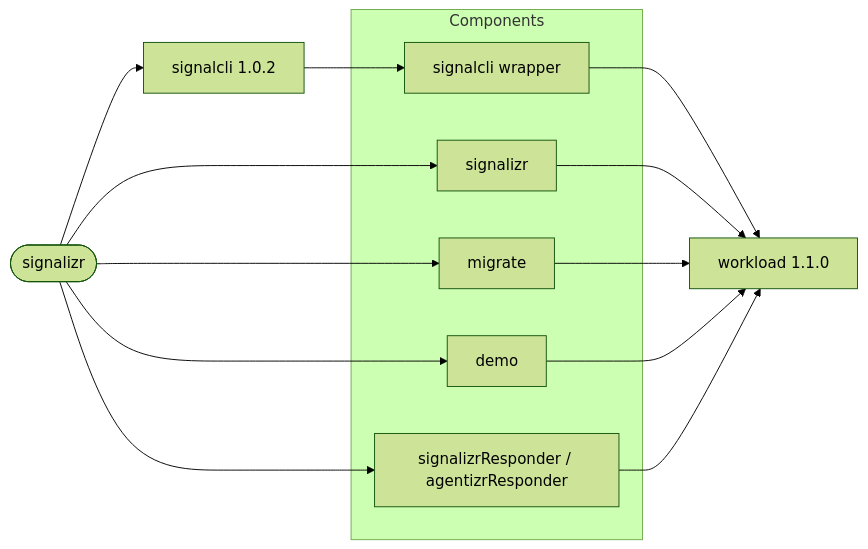
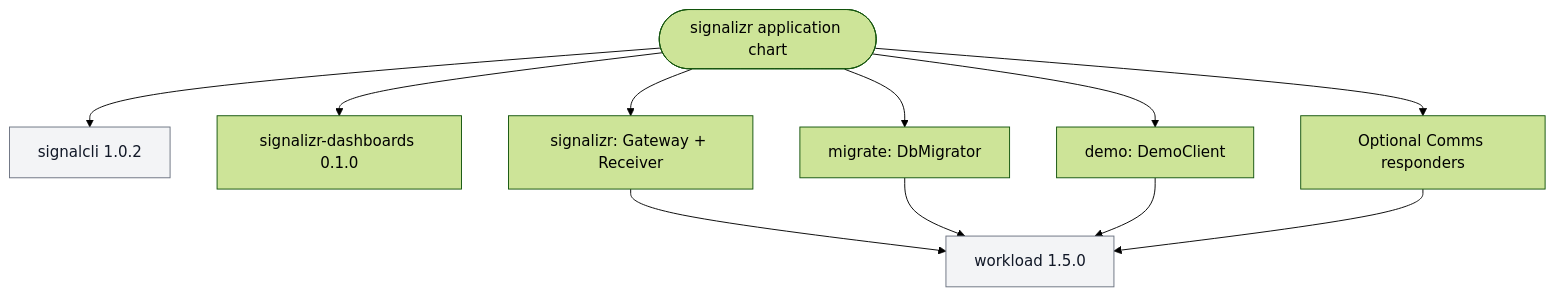
Before and after one commit to f2calv/signalizr: the diagram in charts/signalizr/README.md, drawn with Mermaid (forest theme). The commit also changed other lines of this file and 12 other files, not shown here.

````diff
--- a/charts/signalizr/README.md
+++ b/charts/signalizr/README.md
@@ -16,18 +60,17 @@
 ```mermaid
-graph LR
-  SignalizrChart([signalizr])
-  SignalCliChart[signalcli 1.0.2]
-  Workload[workload 1.1.0]
-
-  subgraph Components[Components]
-    SignalCli[signalcli wrapper]
-    Gateway[signalizr]
-    Migrator[migrate]
-    Demo[demo]
-    Responders[signalizrResponder / agentizrResponder]
-  end
-
-  SignalizrChart --> SignalCliChart & Gateway & Migrator & Demo & Responders
-  SignalCliChart --> SignalCli
-  SignalCli & Gateway & Migrator & Demo & Responders --> Workload
+graph TD
+    ROOT([signalizr application chart])
+    WRAPPER["signalcli 1.0.2"]
+    WORKLOAD["workload 1.5.0"]
+    DASH["signalizr-dashboards 0.1.0"]
+    GATEWAY["signalizr: Gateway + Receiver"]
+    MIGRATOR["migrate: DbMigrator"]
+    DEMO["demo: DemoClient"]
+    RESPONDER["Optional Comms responders"]
+    ROOT --> WRAPPER
+    ROOT --> DASH
+    ROOT --> GATEWAY & MIGRATOR & DEMO & RESPONDER
+    GATEWAY & MIGRATOR & DEMO & RESPONDER --> WORKLOAD
+    classDef external fill:#f3f4f6,stroke:#6b7280,color:#111827
+    class WRAPPER,WORKLOAD external
 ```
````
